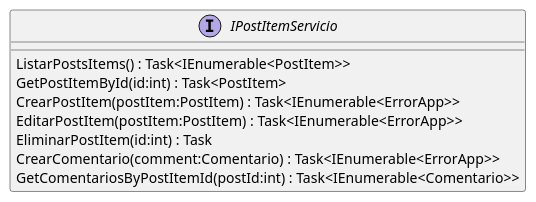
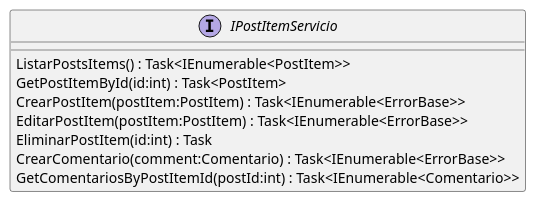
Before and after one commit to wkrea/BlogPost-appdemo: the diagram in BackEnd/App.Core/Servicios/IPostItemServicio.puml, drawn with PlantUML. The commit also changed 23 other files, not shown here.

```diff
--- a/BackEnd/App.Core/Servicios/IPostItemServicio.puml
+++ b/BackEnd/App.Core/Servicios/IPostItemServicio.puml
@@ -1,11 +1,11 @@
 @startuml
 interface IPostItemServicio {
     ListarPostsItems() : Task<IEnumerable<PostItem>>
     GetPostItemById(id:int) : Task<PostItem>
-    CrearPostItem(postItem:PostItem) : Task<IEnumerable<ErrorApp>>
-    EditarPostItem(postItem:PostItem) : Task<IEnumerable<ErrorApp>>
+    CrearPostItem(postItem:PostItem) : Task<IEnumerable<ErrorBase>>
+    EditarPostItem(postItem:PostItem) : Task<IEnumerable<ErrorBase>>
     EliminarPostItem(id:int) : Task
-    CrearComentario(comment:Comentario) : Task<IEnumerable<ErrorApp>>
+    CrearComentario(comment:Comentario) : Task<IEnumerable<ErrorBase>>
     GetComentariosByPostItemId(postId:int) : Task<IEnumerable<Comentario>>
 }
 @enduml
```
